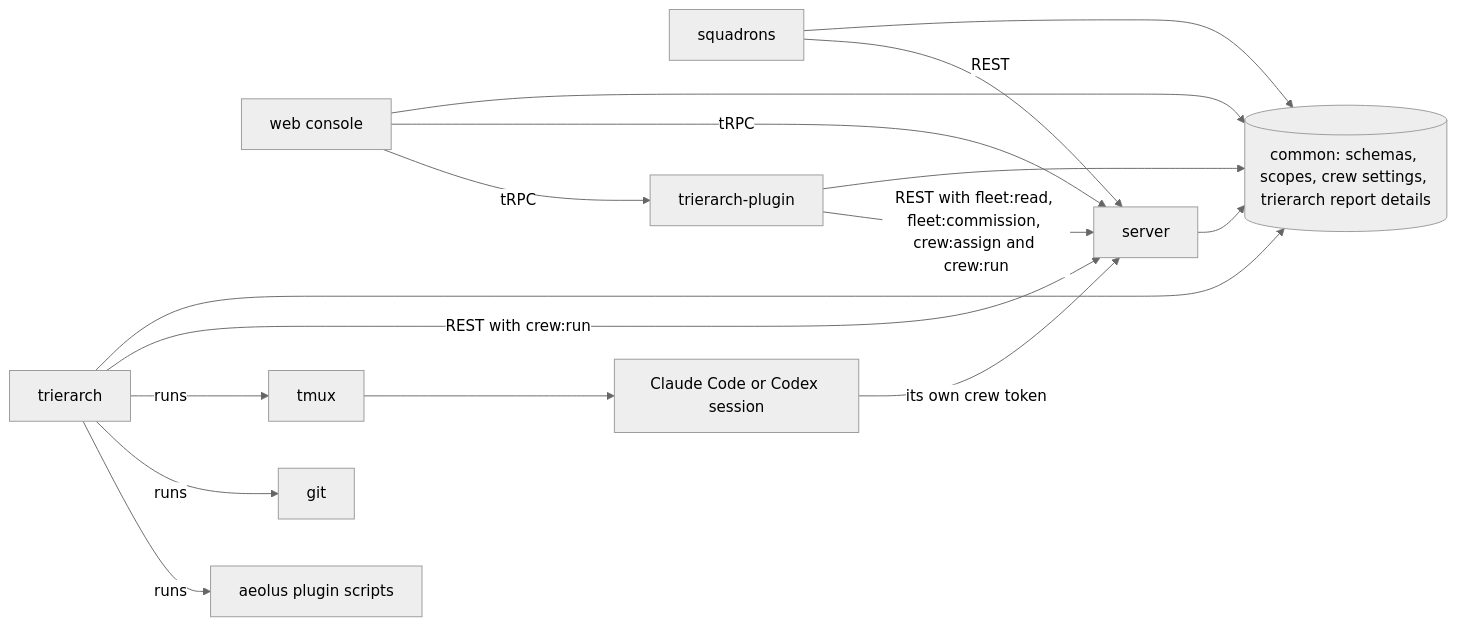
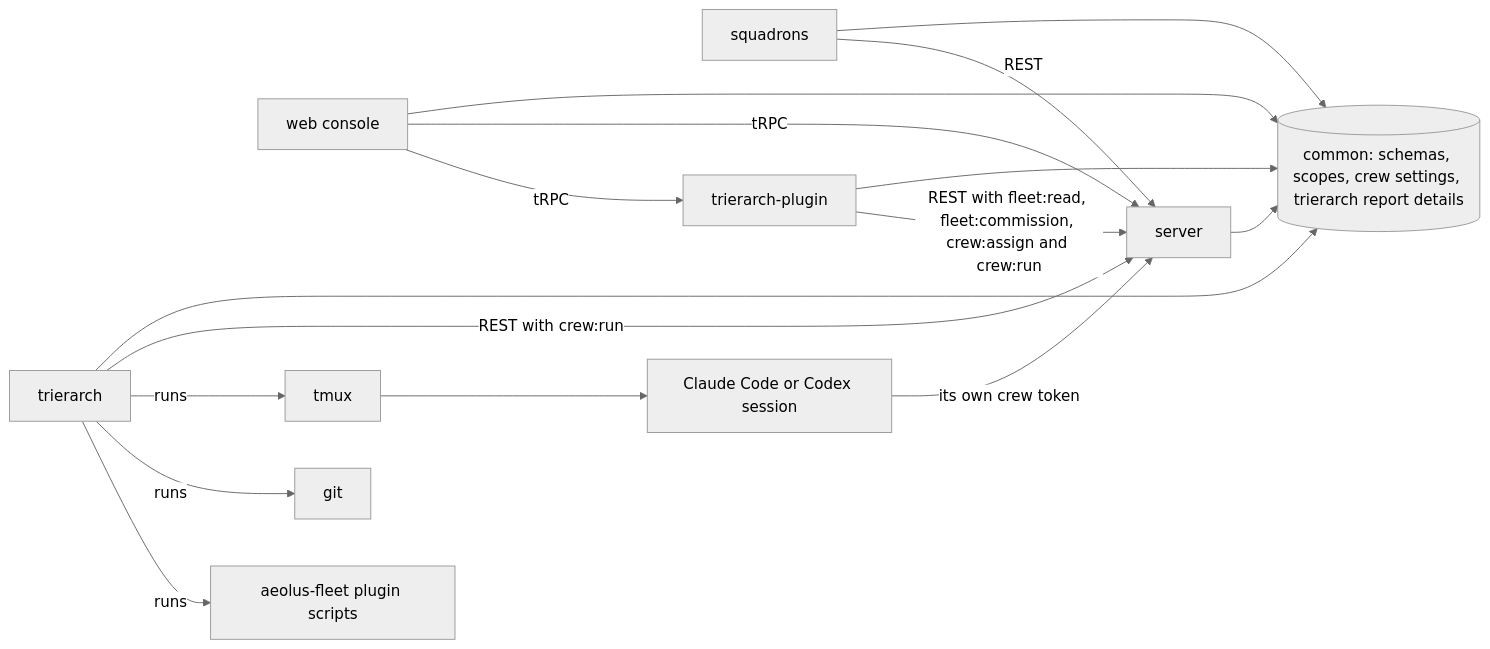
Before and after one commit to ThomasHendrickx/aeolus-fleet-trierarch: the fifth of 5 diagrams in docs/architecture.md, drawn with Mermaid (neutral theme). The commit also changed other lines of this file and 121 other files, not shown here.

Commit message:
feat(plugin): rename the ship plugin to Aeolus Fleet

````diff
--- a/docs/architecture.md
+++ b/docs/architecture.md
@@ -164,19 +164,19 @@
 ```mermaid
 flowchart LR
   common[(common: schemas, scopes, crew settings, trierarch report details)]
   server[server] --> common
   web[web console] --> common
   squadrons[squadrons] --> common
   plugin[trierarch-plugin] --> common
   trierarch[trierarch] --> common
   web -- tRPC --> server
   web -- tRPC --> plugin
   squadrons -- REST --> server
   plugin -- REST with fleet:read, fleet:commission, crew:assign and crew:run --> server
   trierarch -- REST with crew:run --> server
   trierarch -- runs --> tmux[tmux]
   trierarch -- runs --> git[git]
-  trierarch -- runs --> aeolusplugin[aeolus plugin scripts]
+  trierarch -- runs --> aeolusplugin[aeolus-fleet plugin scripts]
   tmux --> session[Claude Code or Codex session]
   session -- its own crew token --> server
 ```
````
